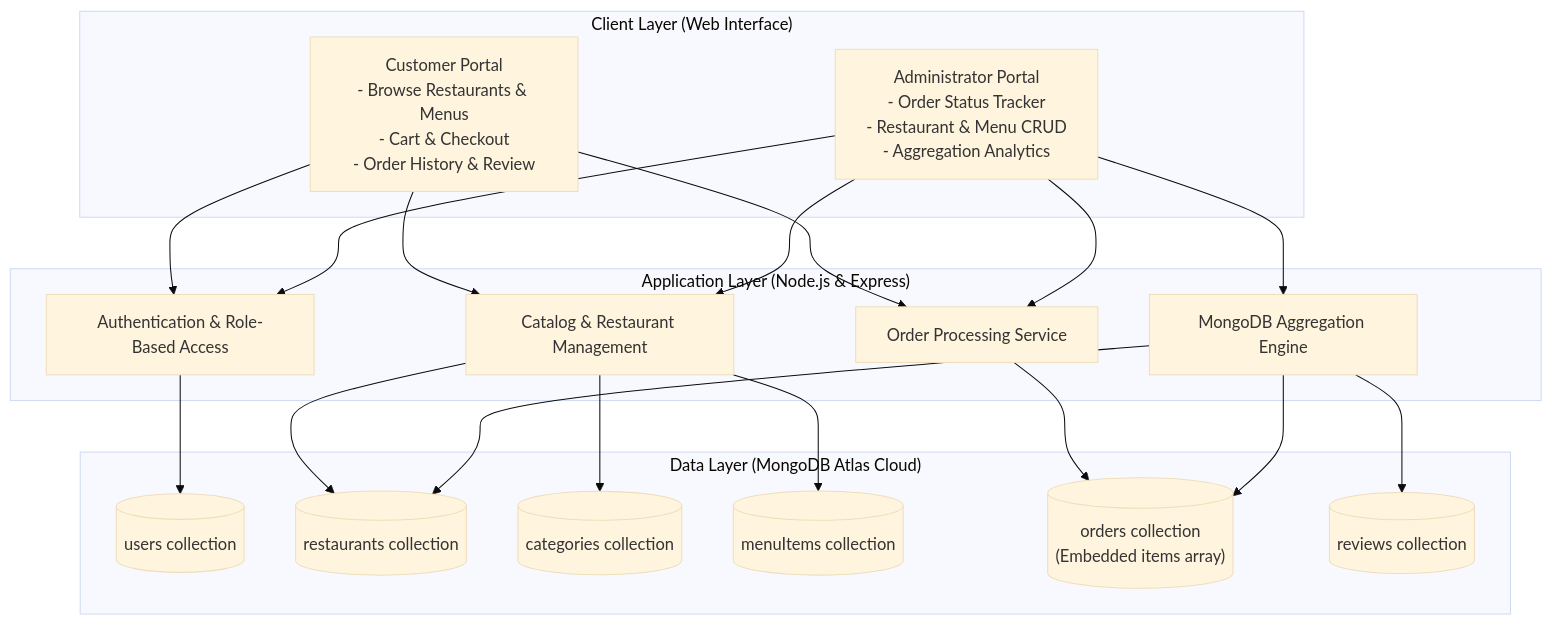
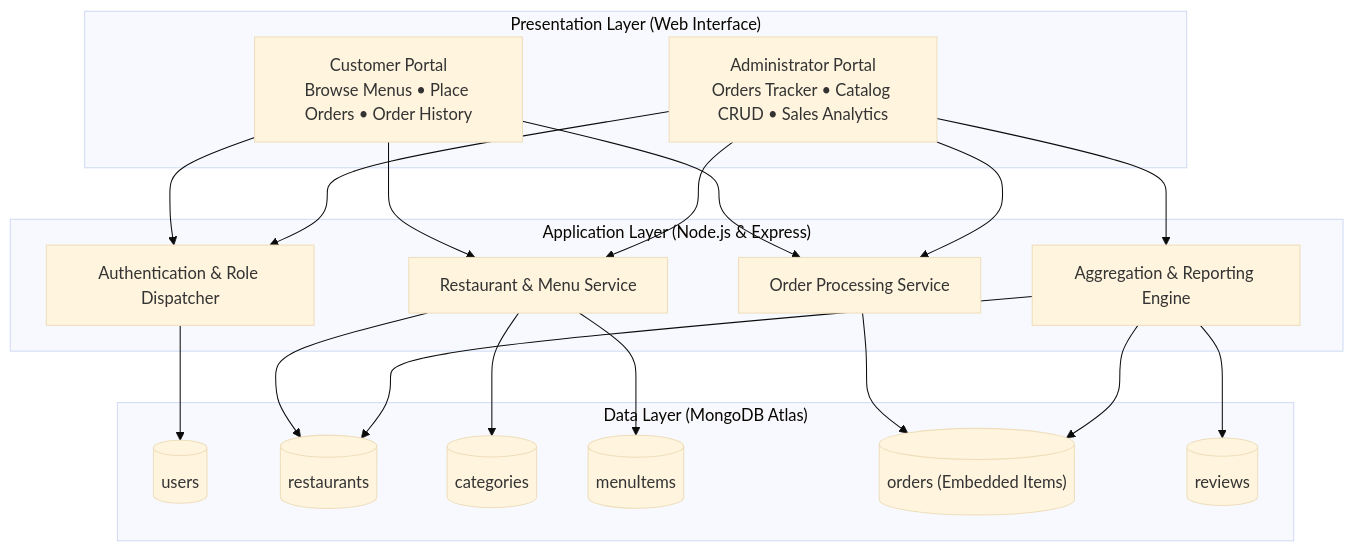
One commit to sreebalasubramaniyan/DBMS changed the first of 2 diagrams in README.md. Above: the diagram before and after it, drawn with Mermaid (base theme). The commit also changed other lines of this file, not shown here.

Commit message:
Simplify README: concise professional overview, removed review marks details

````diff
--- a/README.md
+++ b/README.md
@@ -25,41 +21,41 @@
 ```mermaid
 graph TD
-    subgraph ClientLayer ["Client Layer (Web Interface)"]
-        CP["Customer Portal<br/>- Browse Restaurants & Menus<br/>- Cart & Checkout<br/>- Order History & Review"]
-        AP["Administrator Portal<br/>- Order Status Tracker<br/>- Restaurant & Menu CRUD<br/>- Aggregation Analytics"]
+    subgraph ClientLayer ["Presentation Layer (Web Interface)"]
+        CP["Customer Portal<br/>Browse Menus • Place Orders • Order History"]
+        AP["Administrator Portal<br/>Orders Tracker • Catalog CRUD • Sales Analytics"]
     end
 
-    subgraph ApplicationLayer ["Application Layer (Node.js & Express)"]
-        AuthModule["Authentication & Role-Based Access"]
-        OrderModule["Order Processing Service"]
-        MenuModule["Catalog & Restaurant Management"]
-        AnalyticsModule["MongoDB Aggregation Engine"]
+    subgraph ServerLayer ["Application Layer (Node.js & Express)"]
+        AuthService["Authentication & Role Dispatcher"]
+        OrderService["Order Processing Service"]
+        CatalogService["Restaurant & Menu Service"]
+        AnalyticsService["Aggregation & Reporting Engine"]
     end
 
-    subgraph DataLayer ["Data Layer (MongoDB Atlas Cloud)"]
-        UCol[("users collection")]
-        RCol[("restaurants collection")]
-        CCol[("categories collection")]
-        MCol[("menuItems collection")]
-        OCol[("orders collection<br/>(Embedded items array)")]
-        RevCol[("reviews collection")]
+    subgraph DatabaseLayer ["Data Layer (MongoDB Atlas)"]
+        UCol[("users")]
+        RCol[("restaurants")]
+        CCol[("categories")]
+        MCol[("menuItems")]
+        OCol[("orders (Embedded Items)")]
+        RevCol[("reviews")]
     end
 
-    CP --> AuthModule
-    CP --> OrderModule
-    CP --> MenuModule
+    CP --> AuthService
+    CP --> OrderService
+    CP --> CatalogService
 
-    AP --> AuthModule
-    AP --> OrderModule
-    AP --> MenuModule
-    AP --> AnalyticsModule
+    AP --> AuthService
+    AP --> OrderService
+    AP --> CatalogService
+    AP --> AnalyticsService
 
-    AuthModule --> UCol
-    MenuModule --> RCol
-    MenuModule --> CCol
-    MenuModule --> MCol
-    OrderModule --> OCol
-    AnalyticsModule --> OCol
-    AnalyticsModule --> RCol
-    AnalyticsModule --> RevCol
+    AuthService --> UCol
+    CatalogService --> RCol
+    CatalogService --> CCol
+    CatalogService --> MCol
+    OrderService --> OCol
+    AnalyticsService --> OCol
+    AnalyticsService --> RCol
+    AnalyticsService --> RevCol
 ```
````
